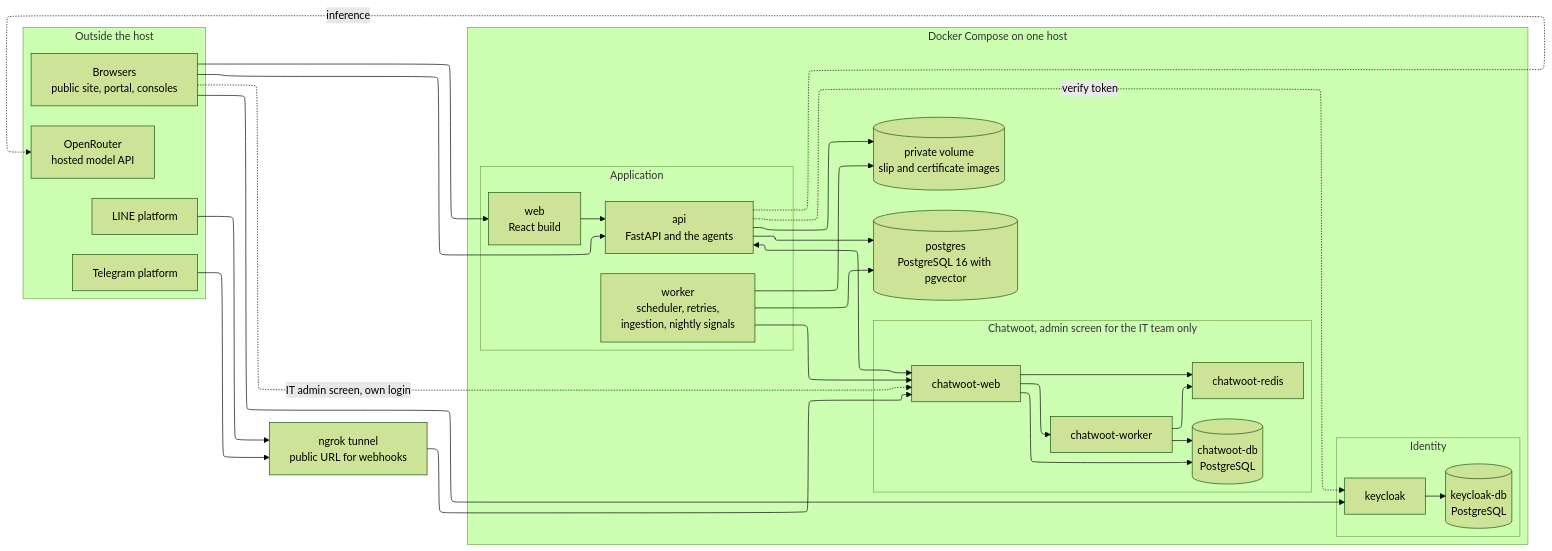
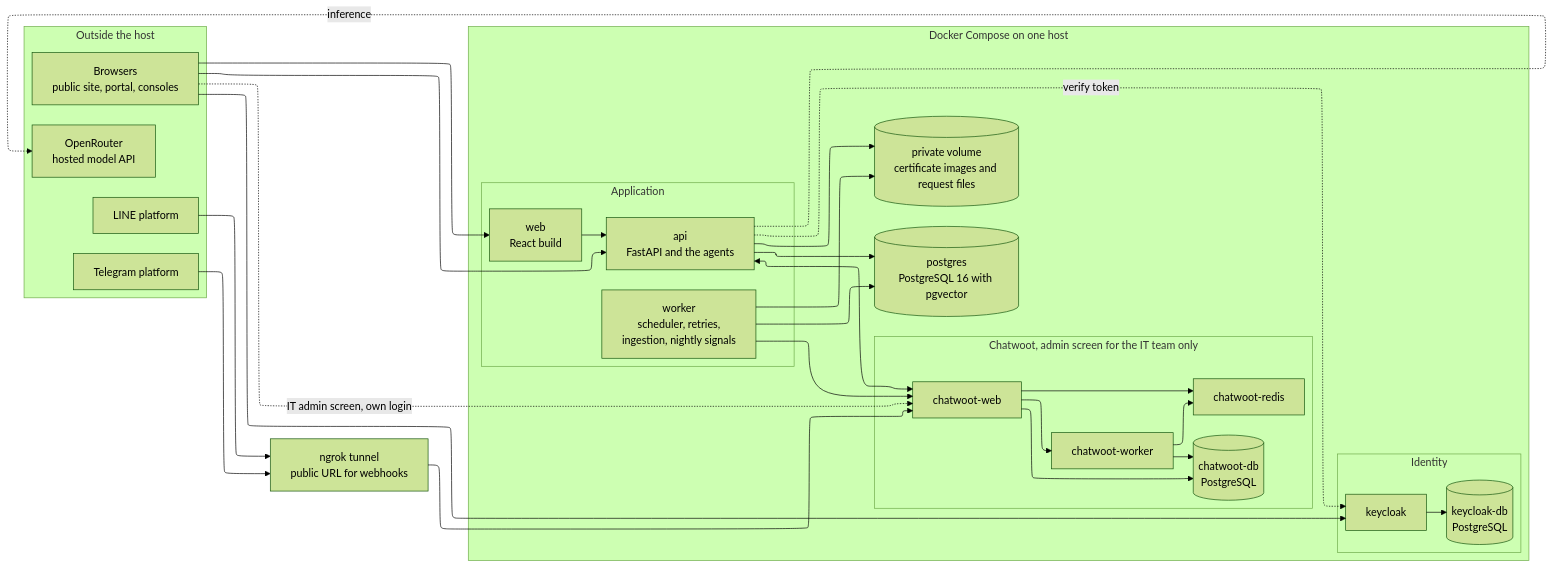
One commit to SaiWaiYanLynn/smart-university-website changed the diagram in design/diagrams/10_deployment.mmd. Above: the diagram before and after it, drawn with Mermaid (forest theme). The commit also changed 27 other files, not shown here.

Commit message:
Add README, feasibility report v3 and updated diagrams

```diff
--- a/design/diagrams/10_deployment.mmd
+++ b/design/diagrams/10_deployment.mmd
@@ -1,56 +1,56 @@
 ---
 config:
   layout: elk
 ---
 flowchart LR
   subgraph Outside["Outside the host"]
     BR["Browsers<br/>public site, portal, consoles"]
     LINEP["LINE platform"]
     TGP["Telegram platform"]
     ORP["OpenRouter<br/>hosted model API"]
   end
 
   NG["ngrok tunnel<br/>public URL for webhooks"]
 
   subgraph Host["Docker Compose on one host"]
     subgraph App["Application"]
       WEB["web<br/>React build"]
       API["api<br/>FastAPI and the agents"]
       WRK["worker<br/>scheduler, retries,<br/>ingestion, nightly signals"]
     end
     subgraph Chat["Chatwoot, admin screen for the IT team only"]
       CWW["chatwoot-web"]
       CWK["chatwoot-worker"]
       CWR["chatwoot-redis"]
       CWD[("chatwoot-db<br/>PostgreSQL")]
     end
     subgraph Ident["Identity"]
       KC["keycloak"]
       KCD[("keycloak-db<br/>PostgreSQL")]
     end
     PG[("postgres<br/>PostgreSQL 16 with pgvector")]
-    VOL[("private volume<br/>slip and certificate images")]
+    VOL[("private volume<br/>certificate images and request files")]
   end
 
   BR --> WEB
   BR --> API
   BR --> KC
   BR -. "IT admin screen, own login" .-> CWW
   WEB --> API
   API -. verify token .-> KC
   KC --> KCD
   API --> PG
   WRK --> PG
   API --> VOL
   WRK --> VOL
   API <--> CWW
   WRK --> CWW
   CWW --> CWK
   CWW --> CWR
   CWW --> CWD
   CWK --> CWR
   CWK --> CWD
   LINEP --> NG
   TGP --> NG
   NG --> CWW
   API -. inference .-> ORP
```
